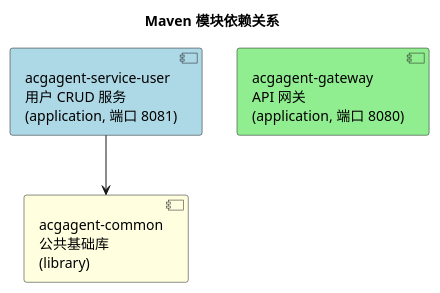
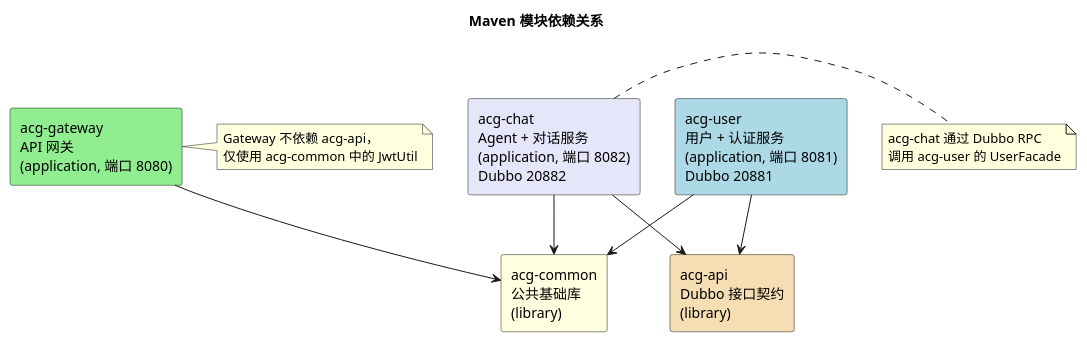
One commit to Maoyya/acgagent changed the first of 3 diagrams in docx/技术架构.md. Above: the diagram before and after it, drawn with PlantUML. The commit also changed other lines of this file and 32 other files, not shown here.

````diff
--- a/docx/技术架构.md
+++ b/docx/技术架构.md
@@ -30,10 +39,28 @@
 ```plantuml
 @startuml
 title Maven 模块依赖关系
-component "acgagent-common\n公共基础库\n(library)" as Common #LightYellow
-component "acgagent-service-user\n用户 CRUD 服务\n(application, 端口 8081)" as User #LightBlue
-component "acgagent-gateway\nAPI 网关\n(application, 端口 8080)" as Gateway #LightGreen
+skinparam componentStyle rectangle
 
+component "acg-common\n公共基础库\n(library)" as Common #LightYellow
+component "acg-api\nDubbo 接口契约\n(library)" as Api #Wheat
+component "acg-gateway\nAPI 网关\n(application, 端口 8080)" as Gateway #LightGreen
+component "acg-user\n用户 + 认证服务\n(application, 端口 8081)\nDubbo 20881" as User #LightBlue
+component "acg-chat\nAgent + 对话服务\n(application, 端口 8082)\nDubbo 20882" as Agent #Lavender
+
+User -down-> Api
 User -down-> Common
+Agent -down-> Api
+Agent -down-> Common
+Gateway -down-> Common
+
+note right of Gateway
+  Gateway 不依赖 acg-api，
+  仅使用 acg-common 中的 JwtUtil
+end note
+
+note right of Agent
+  acg-chat 通过 Dubbo RPC
+  调用 acg-user 的 UserFacade
+end note
 @enduml
 ```
````
